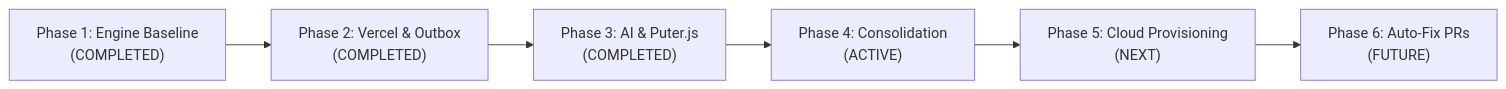
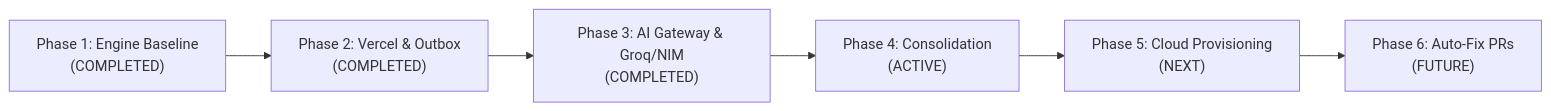
One commit to johan-droid/Hopper changed the diagram in docs/project/ROADMAP.md. Above: the diagram before and after it, drawn with Mermaid. The commit also changed other lines of this file and 60 other files, not shown here.

````diff
--- a/docs/project/ROADMAP.md
+++ b/docs/project/ROADMAP.md
@@ -9,8 +9,8 @@
 ```mermaid
 flowchart LR
     P1["Phase 1: Engine Baseline<br/>(COMPLETED)"] --> P2["Phase 2: Vercel & Outbox<br/>(COMPLETED)"]
-    P2 --> P3["Phase 3: AI & Puter.js<br/>(COMPLETED)"]
+    P2 --> P3["Phase 3: AI Gateway & Groq/NIM<br/>(COMPLETED)"]
     P3 --> P4["Phase 4: Consolidation<br/>(ACTIVE)"]
     P4 --> P5["Phase 5: Cloud Provisioning<br/>(NEXT)"]
     P5 --> P6["Phase 6: Auto-Fix PRs<br/>(FUTURE)"]
 ```
````
